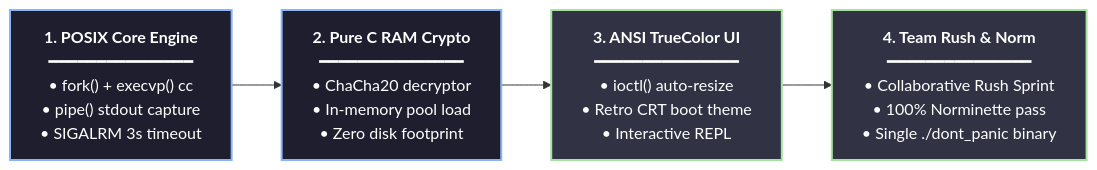
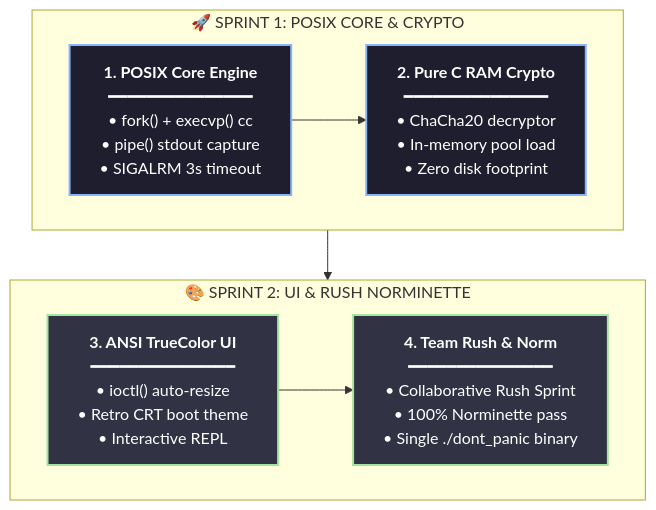
One commit to RQS42/RQS-PISCINE-42 changed the diagram in README.md. Above: the diagram before and after it, drawn with Mermaid.

Commit message:
docs(readme): adjust roadmap layout to 2-level grid

````diff
--- a/README.md
+++ b/README.md
@@ -189,9 +189,17 @@
 ```mermaid
-flowchart LR
+flowchart TD
+    subgraph ROW1["🚀 SPRINT 1: POSIX CORE & CRYPTO"]
+        P1["<b>1. POSIX Core Engine</b><br/>━━━━━━━━━━━━━━━<br/>• fork() + execvp() cc<br/>• pipe() stdout capture<br/>• SIGALRM 3s timeout"] --> P2["<b>2. Pure C RAM Crypto</b><br/>━━━━━━━━━━━━━━━<br/>• ChaCha20 decryptor<br/>• In-memory pool load<br/>• Zero disk footprint"]
+    end
+
+    subgraph ROW2["🎨 SPRINT 2: UI & RUSH NORMINETTE"]
+        P3["<b>3. ANSI TrueColor UI</b><br/>━━━━━━━━━━━━━━━<br/>• ioctl() auto-resize<br/>• Retro CRT boot theme<br/>• Interactive REPL"] --> P4["<b>4. Team Rush & Norm</b><br/>━━━━━━━━━━━━━━━<br/>• Collaborative Rush Sprint<br/>• 100% Norminette pass<br/>• Single ./dont_panic binary"]
+    end
+
+    ROW1 --> ROW2
+
     classDef tech fill:#1e1e2e,stroke:#89b4fa,stroke-width:2px,color:#fff;
     classDef norm fill:#313244,stroke:#a6e3a1,stroke-width:2px,color:#fff;
-
-    A["<b>1. POSIX Core Engine</b><br/>━━━━━━━━━━━━━━━<br/>• fork() + execvp() cc<br/>• pipe() stdout capture<br/>• SIGALRM 3s timeout"]:::tech --> B["<b>2. Pure C RAM Crypto</b><br/>━━━━━━━━━━━━━━━<br/>• ChaCha20 decryptor<br/>• In-memory pool load<br/>• Zero disk footprint"]:::tech
-
-    B --> C["<b>3. ANSI TrueColor UI</b><br/>━━━━━━━━━━━━━━━<br/>• ioctl() auto-resize<br/>• Retro CRT boot theme<br/>• Interactive REPL"]:::norm --> D["<b>4. Team Rush & Norm</b><br/>━━━━━━━━━━━━━━━<br/>• Collaborative Rush Sprint<br/>• 100% Norminette pass<br/>• Single ./dont_panic binary"]:::norm
+    class P1,P2 tech;
+    class P3,P4 norm;
 ```
````
